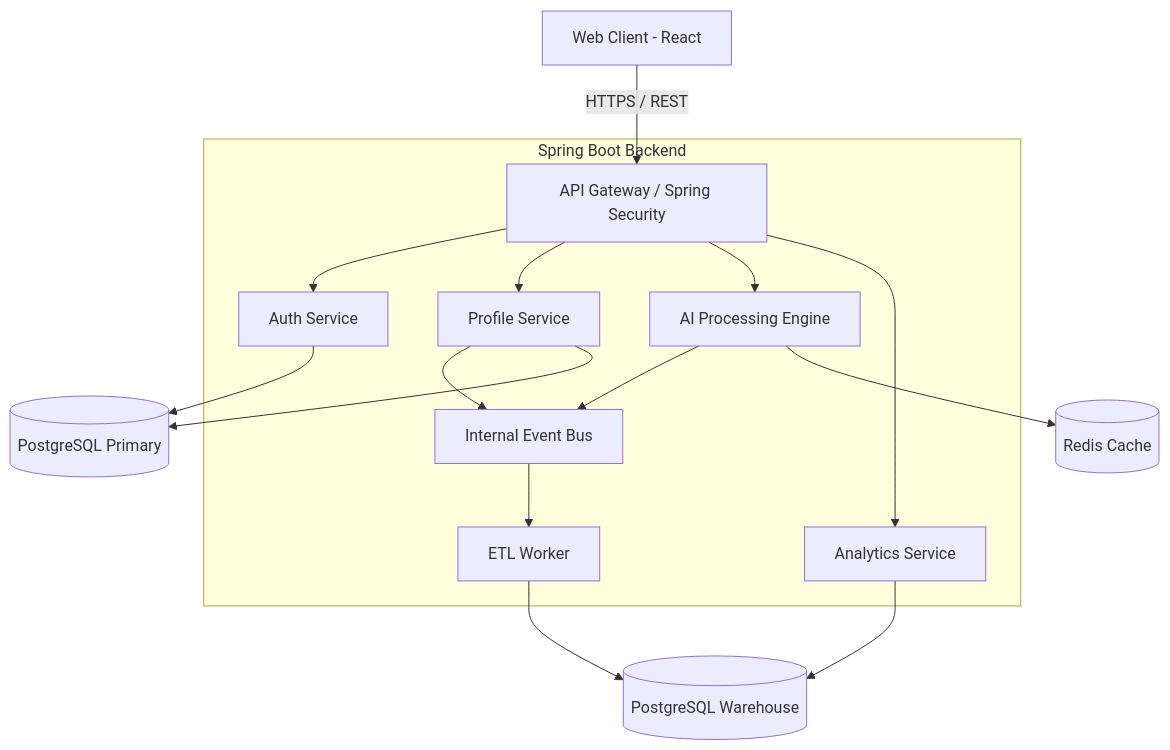
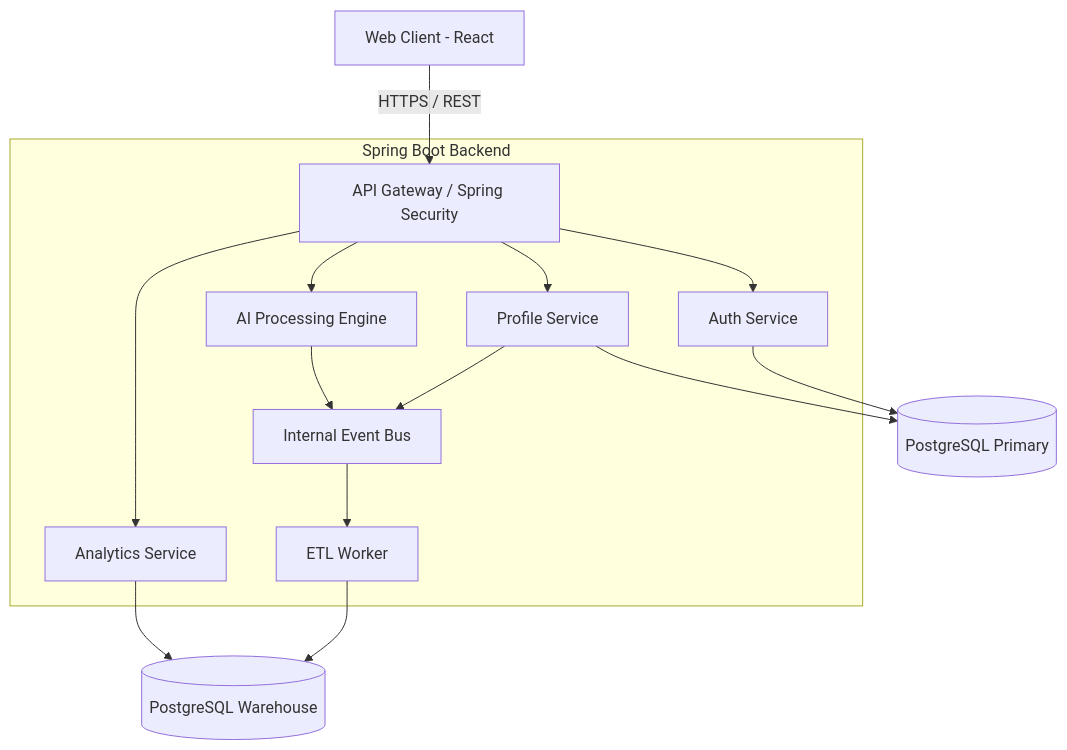
One commit to hindhusharajaram/CareerOS-AI changed the first of 2 diagrams in README.md. Above: the diagram before and after it, drawn with Mermaid. The commit also changed other lines of this file and 2 other files, not shown here.

````diff
--- a/README.md
+++ b/README.md
@@ -69,23 +68,22 @@
 ```mermaid
 graph TD
     Client[Web Client - React] -->|HTTPS / REST| API[API Gateway / Spring Security]
     
     subgraph Spring Boot Backend
         API --> Auth[Auth Service]
         API --> Profile[Profile Service]
         API --> AI[AI Processing Engine]
         API --> Analytics[Analytics Service]
         
         Profile --> EventBus[Internal Event Bus]
         AI --> EventBus
         
         EventBus --> ETL[ETL Worker]
     end
     
     Auth --> DB[(PostgreSQL Primary)]
     Profile --> DB
-    AI --> Redis[(Redis Cache)]
     
     ETL --> DW[(PostgreSQL Warehouse)]
     Analytics --> DW
 ```
````
